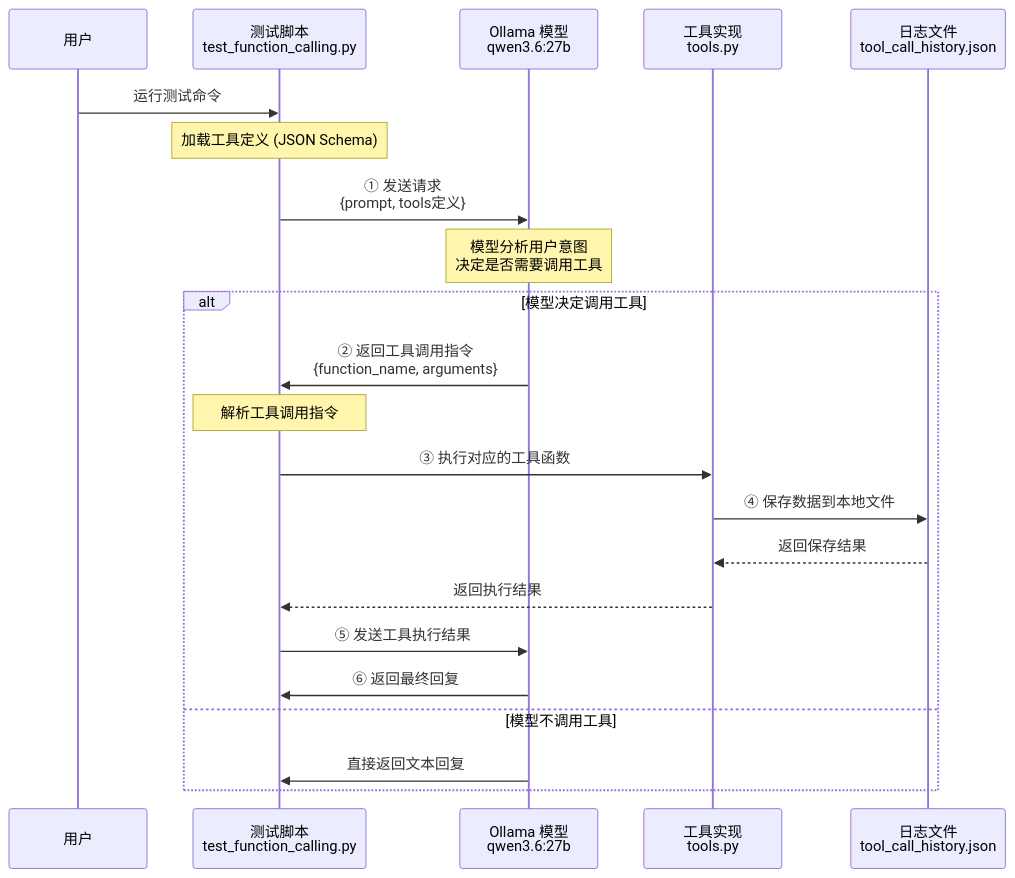
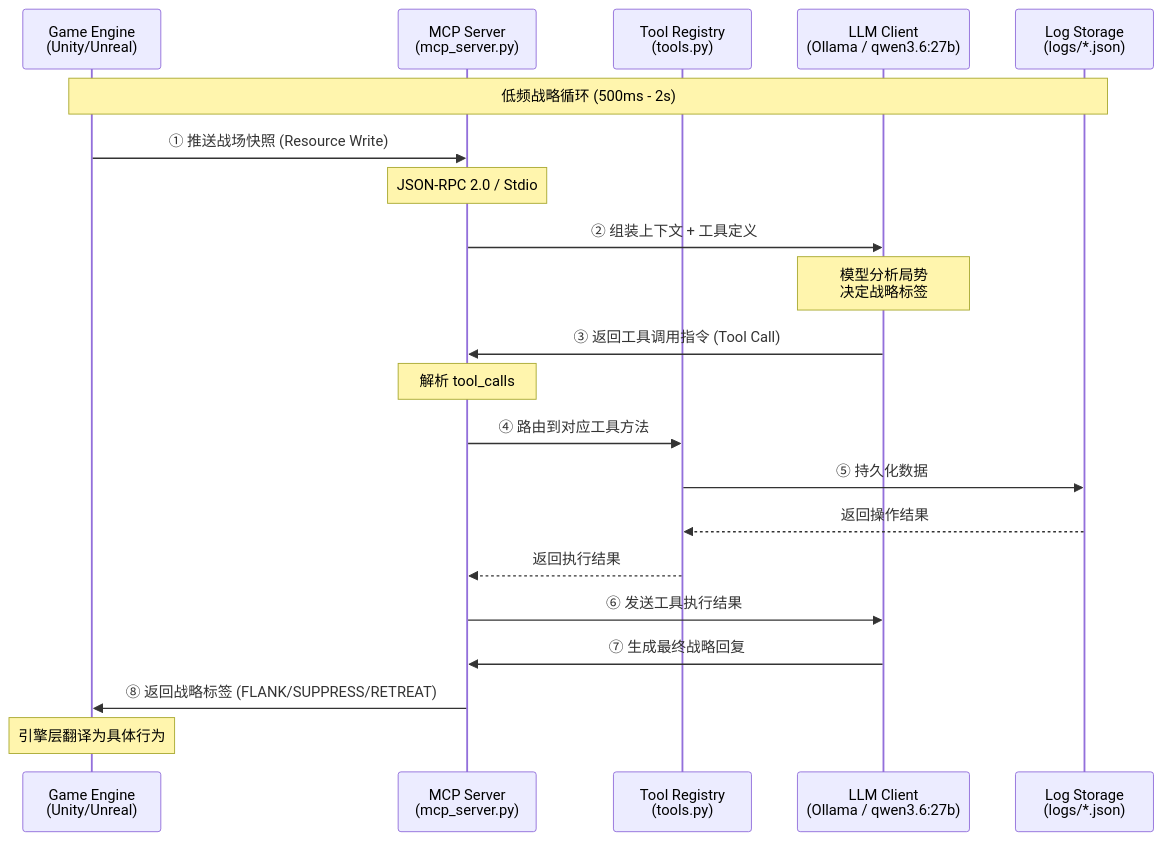
One commit to feSHt377/gear-mcp changed the first of 3 diagrams in FLOW.md. Above: the diagram before and after it, drawn with Mermaid. The commit also changed other lines of this file, not shown here.

First line of the commit message:
docs: 重写 FLOW.md — 对齐 FPS Tactical MCP 架构

````diff
--- a/FLOW.md
+++ b/FLOW.md
@@ -5,29 +9,30 @@
 ```mermaid
 sequenceDiagram
-    participant User as 用户
-    participant Script as 测试脚本<br/>test_function_calling.py
-    participant Ollama as Ollama 模型<br/>qwen3.6:27b
-    participant Tools as 工具实现<br/>tools.py
-    participant Log as 日志文件<br/>tool_call_history.json
+    participant Engine as Game Engine<br/>(Unity/Unreal)
+    participant MCPServer as MCP Server<br/>(mcp_server.py)
+    participant Registry as Tool Registry<br/>(tools.py)
+    participant LLM as LLM Client<br/>(Ollama / qwen3.6:27b)
+    participant Log as Log Storage<br/>(logs/*.json)
 
-    User->>Script: 运行测试命令
-    Note over Script: 加载工具定义 (JSON Schema)
+    Note over Engine,Log: 低频战略循环 (500ms - 2s)
 
-    Script->>Ollama: ① 发送请求<br/>{prompt, tools定义}
-    Note over Ollama: 模型分析用户意图<br/>决定是否需要调用工具
+    Engine->>MCPServer: ① 推送战场快照 (Resource Write)
+    Note over MCPServer: JSON-RPC 2.0 / Stdio
 
-    alt 模型决定调用工具
-        Ollama->>Script: ② 返回工具调用指令<br/>{function_name, arguments}
-        Note over Script: 解析工具调用指令
+    MCPServer->>LLM: ② 组装上下文 + 工具定义
+    Note over LLM: 模型分析局势<br/>决定战略标签
 
-        Script->>Tools: ③ 执行对应的工具函数
-        Tools->>Log: ④ 保存数据到本地文件
-        Log-->>Tools: 返回保存结果
-        Tools-->>Script: 返回执行结果
+    LLM->>MCPServer: ③ 返回工具调用指令 (Tool Call)
+    Note over MCPServer: 解析 tool_calls
 
-        Script->>Ollama: ⑤ 发送工具执行结果
-        Ollama->>Script: ⑥ 返回最终回复
-    else 模型不调用工具
-        Ollama->>Script: 直接返回文本回复
-    end
+    MCPServer->>Registry: ④ 路由到对应工具方法
+    Registry->>Log: ⑤ 持久化数据
+    Log-->>Registry: 返回操作结果
+    Registry-->>MCPServer: 返回执行结果
+
+    MCPServer->>LLM: ⑥ 发送工具执行结果
+    LLM->>MCPServer: ⑦ 生成最终战略回复
+
+    MCPServer->>Engine: ⑧ 返回战略标签 (FLANK/SUPPRESS/RETREAT)
+    Note over Engine: 引擎层翻译为具体行为
 ```
````
